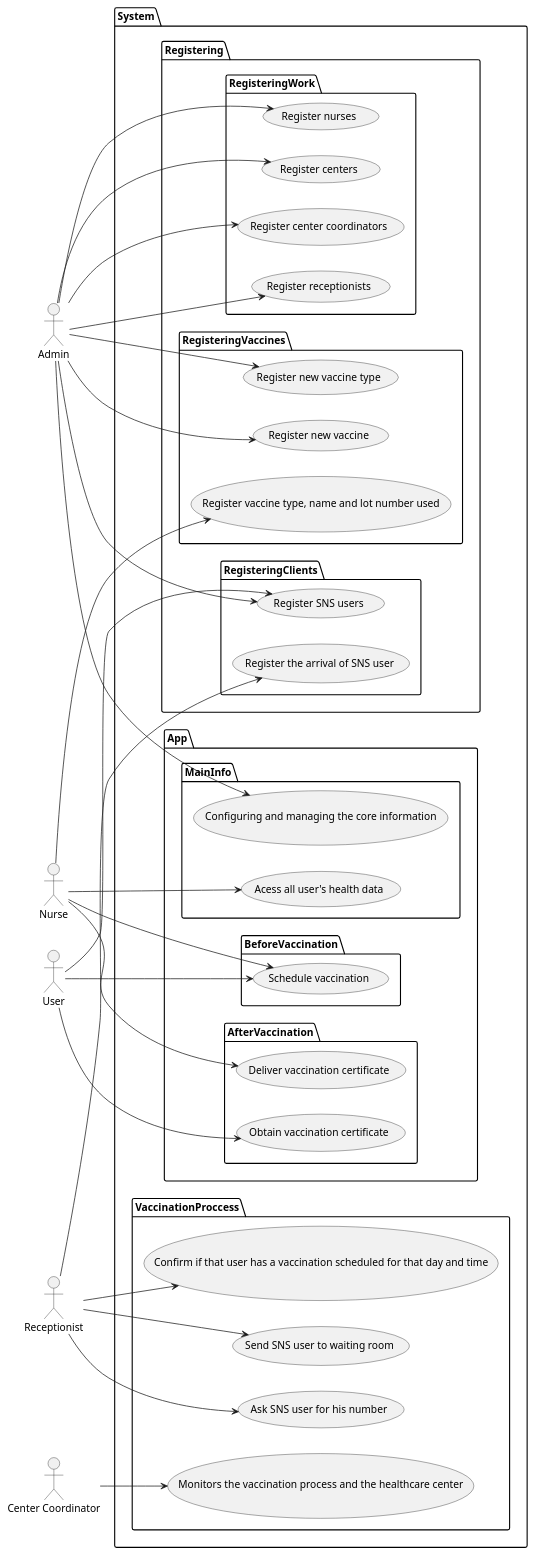
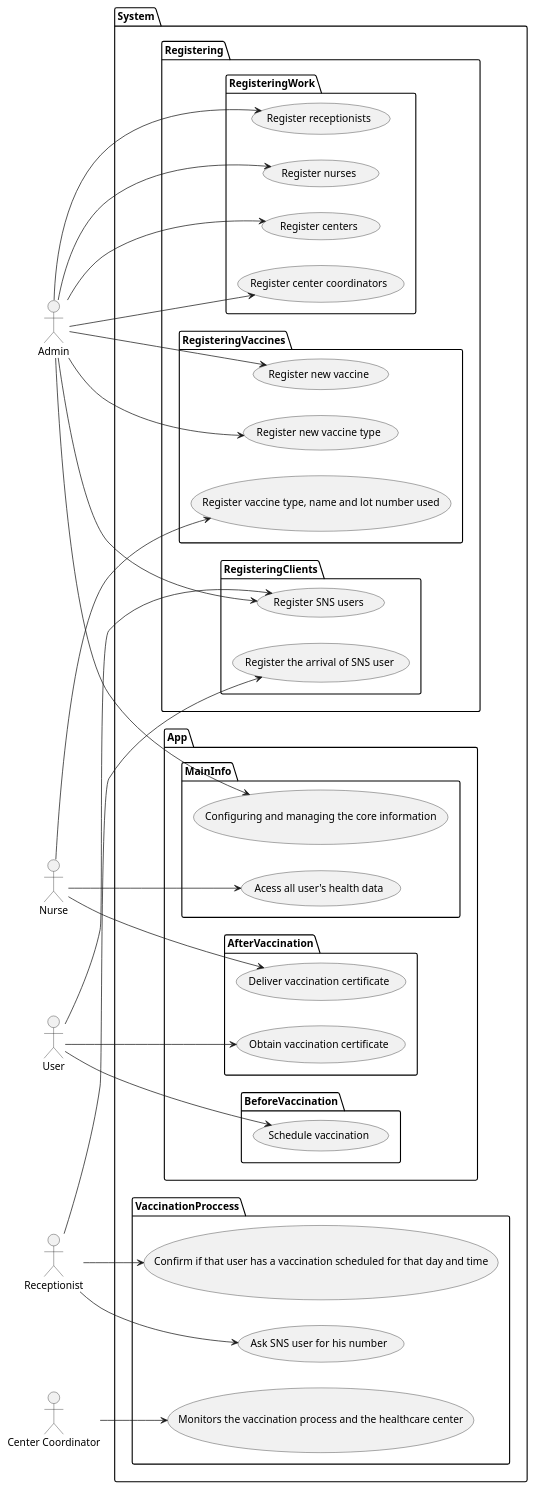
The diagram in docs/SprintA/Diagram.puml (PedroMesquita1211171/VaccinationManager), drawn with PlantUML before and after one commit. The commit also changed 1 other file, not shown here.

```diff
--- a/docs/SprintA/Diagram.puml
+++ b/docs/SprintA/Diagram.puml
@@ -1,85 +1,82 @@
 @startuml
 actor "Admin" as adm
 actor "Nurse" as nur
 actor "Receptionist" as rcp
 actor "User" as user
 actor "Center Coordinator" as cc
 
 package System{
    package Registering{
     package RegisteringVaccines{
         usecase UC15 as "Register vaccine type, name and lot number used"
         usecase UC16 as "Register new vaccine"
         usecase UC17 as "Register new vaccine type"
     }
     package RegisteringWork{
         usecase UC07 as "Register center coordinators"
         usecase UC08 as "Register receptionists"
         usecase UC09 as "Register nurses"
         usecase UC05 as "Register centers"
     }
     package RegisteringClients{
         usecase UC06 as "Register SNS users"
         usecase UC11 as "Register the arrival of SNS user"
     }
 
  }
    package VaccinationProccess{
       usecase UC12 as "Ask SNS user for his number"
       usecase UC13 as "Confirm if that user has a vaccination scheduled for that day and time"
-      usecase UC14 as "Send SNS user to waiting room"
       usecase UC18 as "Monitors the vaccination process and the healthcare center"
    }
 
 
 package App{
      package BeforeVaccination{
          usecase UC01 as "Schedule vaccination"
      }
      package AfterVaccination{
          usecase UC02 as "Obtain vaccination certificate"
          usecase UC03 as "Deliver vaccination certificate"
      }
      package MainInfo{
              usecase UC04 as "Acess all user's health data"
              usecase UC10 as "Configuring and managing the core information"
      }
 
 }
 
 
 
 }
 
 
 
 
 left to right direction
 user --> (UC01)
 user --> (UC02)
 user --> (UC06)
 
 
 adm --> (UC10)
 adm --> (UC05)
 adm --> (UC06)
 adm --> (UC07)
 adm --> (UC08)
 adm --> (UC09)
 adm --> (UC16)
 adm --> (UC17)
 
 
 nur --> (UC03)
 nur --> (UC04)
-nur --> (UC01)
 rcp --> (UC11)
 rcp --> (UC12)
 rcp --> (UC13)
-rcp --> (UC14)
 nur --> (UC15)
 
 
 cc --> (UC18)
 
 @enduml do ano passado
```
